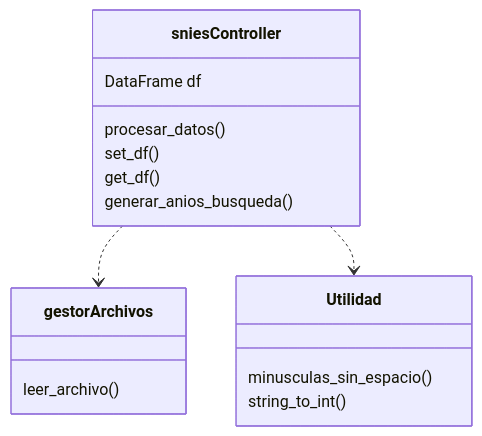
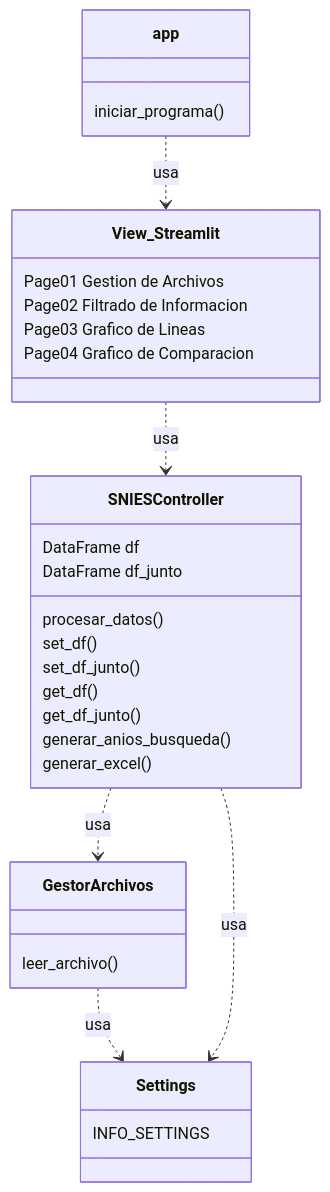
Before and after one commit to MMA2004/SNIES_Extractor: the diagram in README.md, drawn with Mermaid. The commit also changed other lines of this file and 13 other files, not shown here.

````diff
--- a/README.md
+++ b/README.md
@@ -5,23 +26,40 @@
 ```mermaid
 classDiagram
 direction TB
-    sniesController ..> gestorArchivos
-    sniesController ..> Utilidad
+    app ..> View_Streamlit : usa
+    View_Streamlit ..> SNIESController : usa
+    SNIESController ..> GestorArchivos : usa
+    GestorArchivos ..> Settings : usa
+    SNIESController ..> Settings : usa
 
-    class gestorArchivos {
+    class GestorArchivos {
         leer_archivo()
     }
     
-    class sniesController {
+    class SNIESController {
         DataFrame df
+        DataFrame df_junto
         procesar_datos()
         set_df()
+        set_df_junto()
         get_df()
+        get_df_junto()
         generar_anios_busqueda()
+        generar_excel()
     }
     
-    class Utilidad {
-        minusculas_sin_espacio()
-        string_to_int()
+    class Settings {
+        INFO_SETTINGS
+    }
+    
+    class View_Streamlit{
+        Page01 Gestion de Archivos
+        Page02 Filtrado de Informacion
+        Page03 Grafico de Lineas
+        Page04 Grafico de Comparacion
+    }
+    
+    class app {
+        iniciar_programa()
     }
 ```
````
